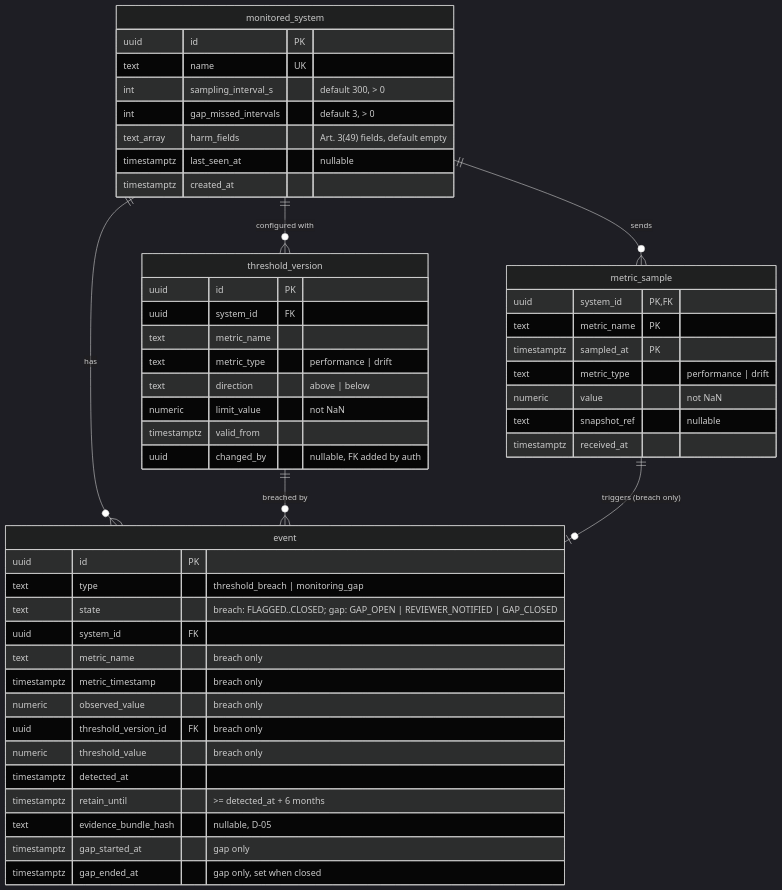
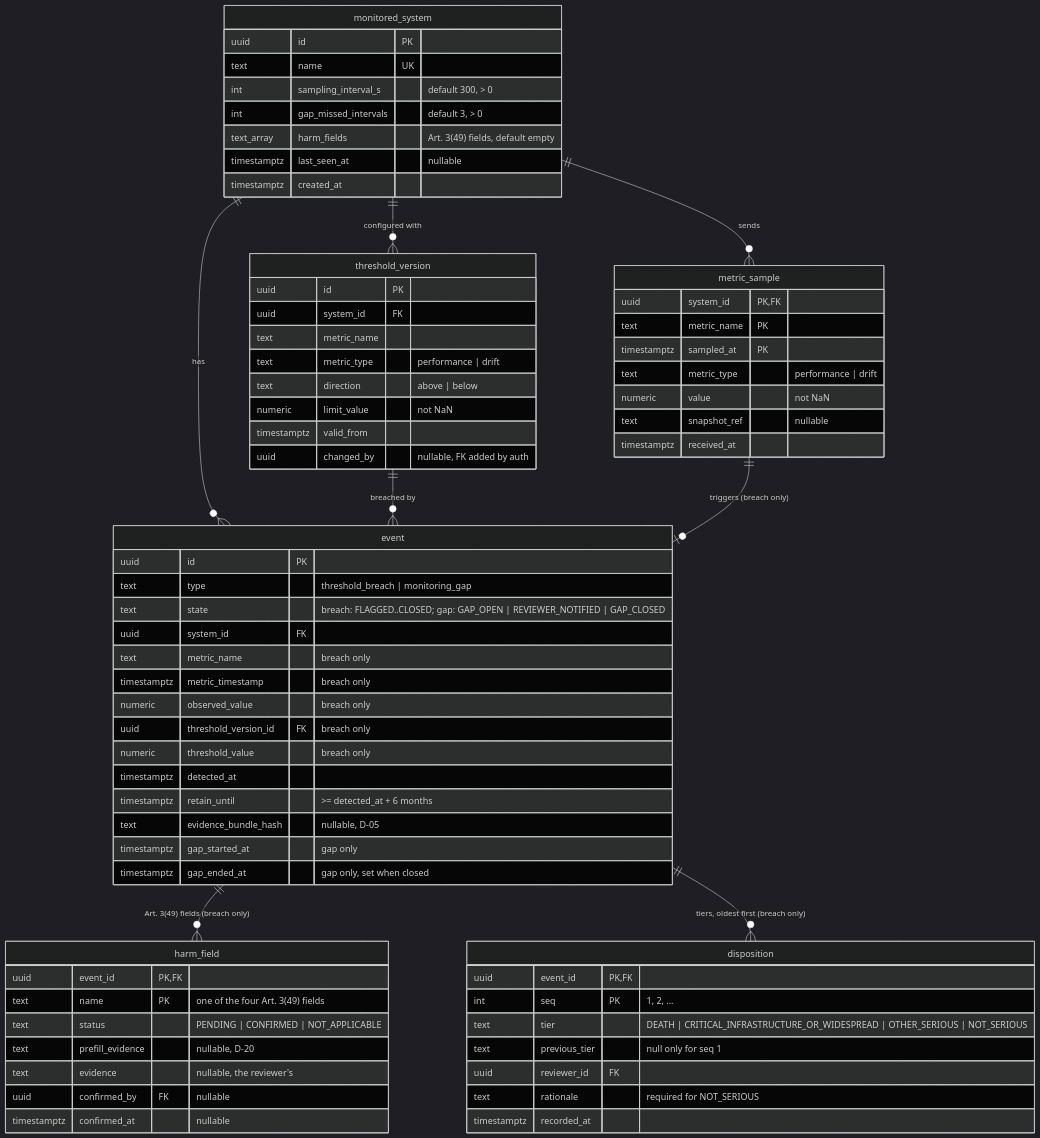
The diagram in docs/database.md (aryan0dhi/ai-compliance-monitor), drawn with Mermaid (dark theme) before and after one commit. The commit also changed other lines of this file and 30 other files, not shown here.

````diff
--- a/docs/database.md
+++ b/docs/database.md
@@ -17,53 +18,73 @@
 ```mermaid
 erDiagram
     monitored_system ||--o{ metric_sample : "sends"
     monitored_system ||--o{ threshold_version : "configured with"
     monitored_system ||--o{ event : "has"
     threshold_version ||--o{ event : "breached by"
     metric_sample ||--o| event : "triggers (breach only)"
+    event ||--o{ harm_field : "Art. 3(49) fields (breach only)"
+    event ||--o{ disposition : "tiers, oldest first (breach only)"
 
     monitored_system {
         uuid id PK
         text name UK
         int sampling_interval_s "default 300, > 0"
         int gap_missed_intervals "default 3, > 0"
         text_array harm_fields "Art. 3(49) fields, default empty"
         timestamptz last_seen_at "nullable"
         timestamptz created_at
     }
     metric_sample {
         uuid system_id PK,FK
         text metric_name PK
         timestamptz sampled_at PK
         text metric_type "performance | drift"
         numeric value "not NaN"
         text snapshot_ref "nullable"
         timestamptz received_at
     }
     threshold_version {
         uuid id PK
         uuid system_id FK
         text metric_name
         text metric_type "performance | drift"
         text direction "above | below"
         numeric limit_value "not NaN"
         timestamptz valid_from
         uuid changed_by "nullable, FK added by auth"
     }
     event {
         uuid id PK
         text type "threshold_breach | monitoring_gap"
         text state "breach: FLAGGED..CLOSED; gap: GAP_OPEN | REVIEWER_NOTIFIED | GAP_CLOSED"
         uuid system_id FK
         text metric_name "breach only"
         timestamptz metric_timestamp "breach only"
         numeric observed_value "breach only"
         uuid threshold_version_id FK "breach only"
         numeric threshold_value "breach only"
         timestamptz detected_at
         timestamptz retain_until ">= detected_at + 6 months"
         text evidence_bundle_hash "nullable, D-05"
         timestamptz gap_started_at "gap only"
         timestamptz gap_ended_at "gap only, set when closed"
     }
+    harm_field {
+        uuid event_id PK,FK
+        text name PK "one of the four Art. 3(49) fields"
+        text status "PENDING | CONFIRMED | NOT_APPLICABLE"
+        text prefill_evidence "nullable, D-20"
+        text evidence "nullable, the reviewer's"
+        uuid confirmed_by FK "nullable"
+        timestamptz confirmed_at "nullable"
+    }
+    disposition {
+        uuid event_id PK,FK
+        int seq PK "1, 2, ..."
+        text tier "DEATH | CRITICAL_INFRASTRUCTURE_OR_WIDESPREAD | OTHER_SERIOUS | NOT_SERIOUS"
+        text previous_tier "null only for seq 1"
+        uuid reviewer_id FK
+        text rationale "required for NOT_SERIOUS"
+        timestamptz recorded_at
+    }
 ```
````
